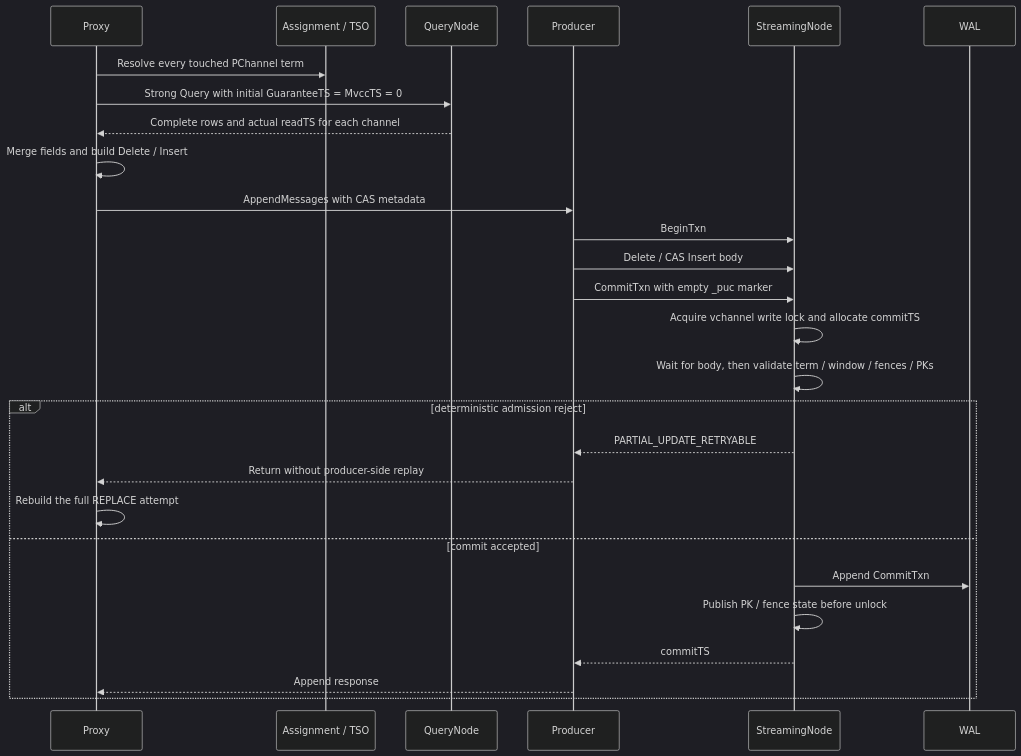
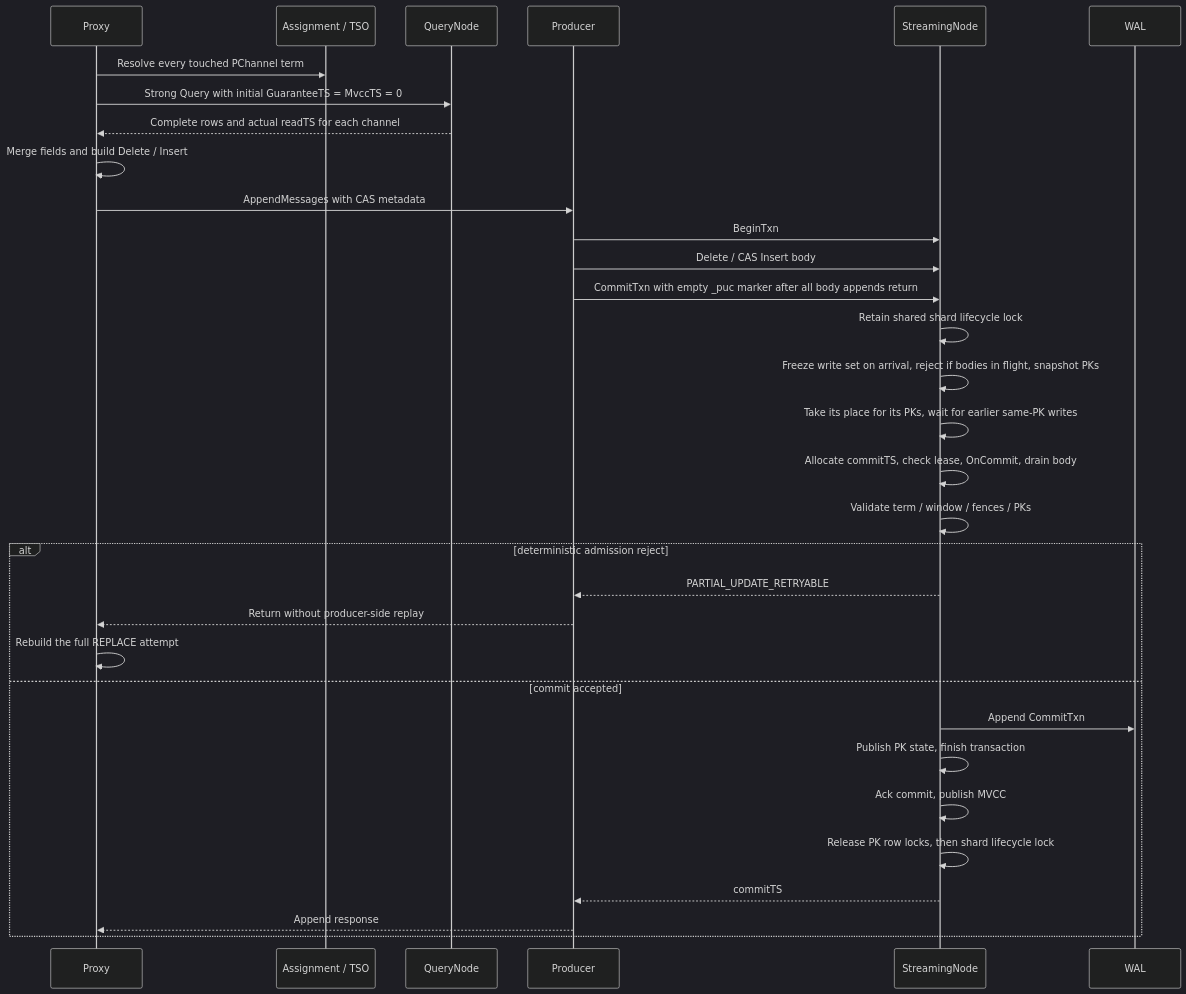
One commit to milvus-io/milvus changed the second of 2 diagrams in docs/design-docs/design_docs/20260601-partial-update-optimistic-lock-design.md. Above: the diagram before and after it, drawn with Mermaid (dark theme). The commit also changed other lines of this file and 25 other files, not shown here.

First line of the commit message:
fix: [3.0] use PK row locks for partial-update CAS

````diff
--- a/docs/design-docs/design_docs/20260601-partial-update-optimistic-lock-design.md
+++ b/docs/design-docs/design_docs/20260601-partial-update-optimistic-lock-design.md
@@ -225,30 +268,35 @@
 ```mermaid
 sequenceDiagram
     participant P as Proxy
     participant A as Assignment / TSO
     participant Q as QueryNode
     participant R as Producer
     participant S as StreamingNode
     participant W as WAL
 
     P->>A: Resolve every touched PChannel term
     P->>Q: Strong Query with initial GuaranteeTS = MvccTS = 0
     Q-->>P: Complete rows and actual readTS for each channel
     P->>P: Merge fields and build Delete / Insert
     P->>R: AppendMessages with CAS metadata
     R->>S: BeginTxn
     R->>S: Delete / CAS Insert body
-    R->>S: CommitTxn with empty _puc marker
-    S->>S: Acquire vchannel write lock and allocate commitTS
-    S->>S: Wait for body, then validate term / window / fences / PKs
+    R->>S: CommitTxn with empty _puc marker after all body appends return
+    S->>S: Retain shared shard lifecycle lock
+    S->>S: Freeze write set on arrival, reject if bodies in flight, snapshot PKs
+    S->>S: Take its place for its PKs, wait for earlier same-PK writes
+    S->>S: Allocate commitTS, check lease, OnCommit, drain body
+    S->>S: Validate term / window / fences / PKs
     alt deterministic admission reject
         S-->>R: PARTIAL_UPDATE_RETRYABLE
         R-->>P: Return without producer-side replay
         P->>P: Rebuild the full REPLACE attempt
     else commit accepted
         S->>W: Append CommitTxn
-        S->>S: Publish PK / fence state before unlock
+        S->>S: Publish PK state, finish transaction
+        S->>S: Ack commit, publish MVCC
+        S->>S: Release PK row locks, then shard lifecycle lock
         S-->>R: commitTS
         R-->>P: Append response
     end
 ```
````
